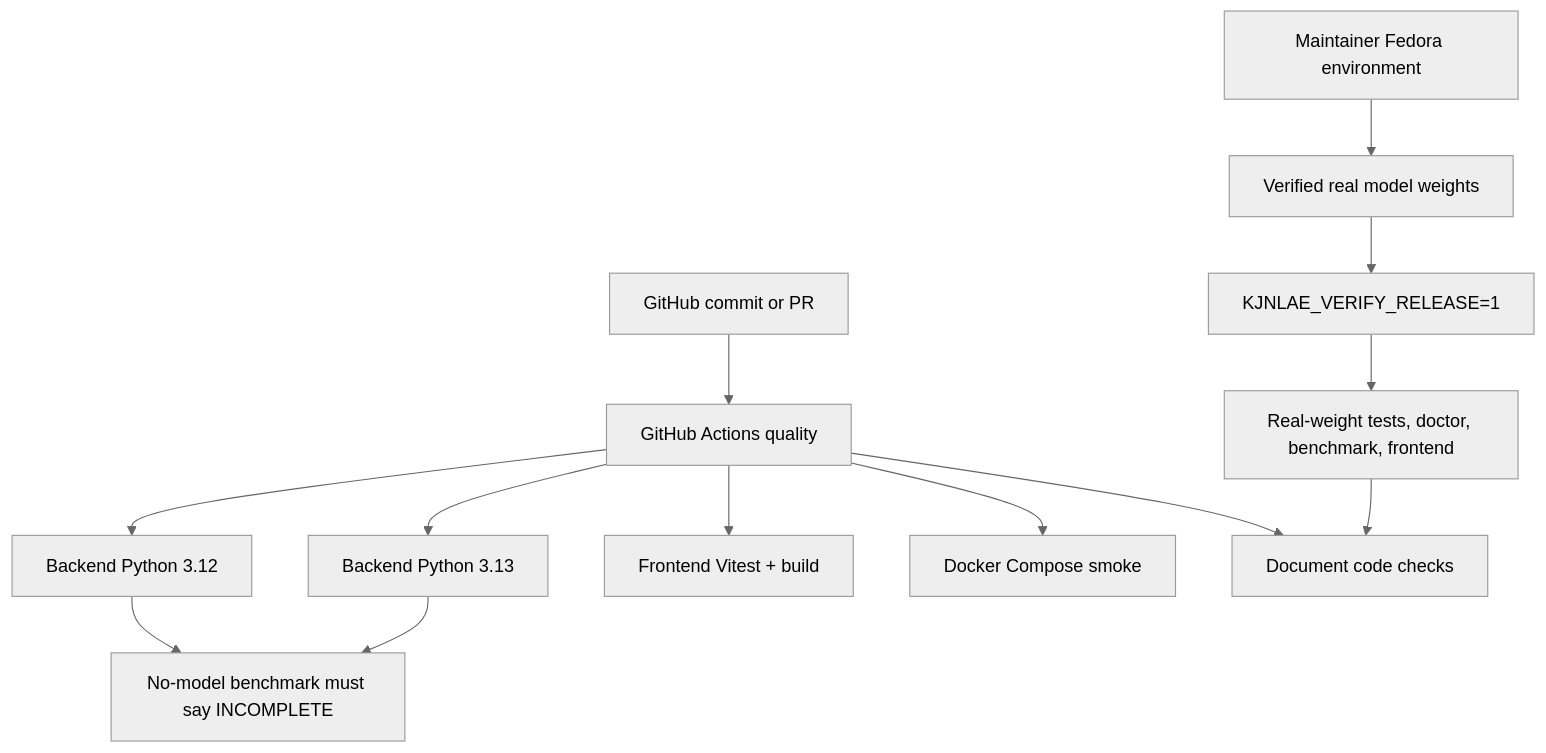
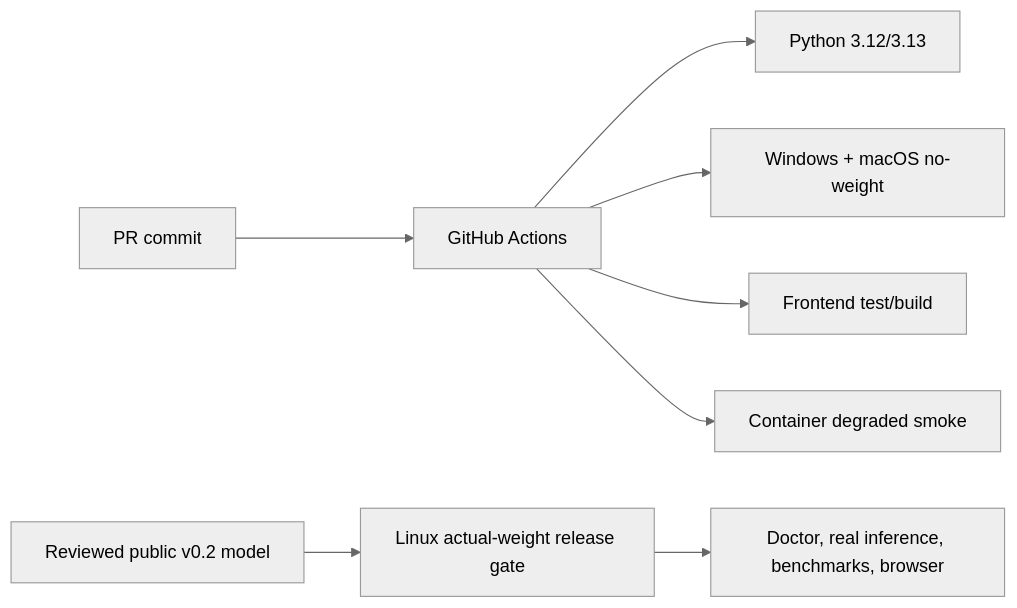
The tenth of 10 diagrams in CODEBASE.md (namelessweakl1ng/kjnlae), drawn with Mermaid (neutral theme) before and after one commit. The commit also changed other lines of this file, not shown here.

Commit message:
docs: preserve detailed codebase deep dive, rebase architecture on 0.3 SDK and UI

````diff
--- a/CODEBASE.md
+++ b/CODEBASE.md
@@ -3038,15 +1802,10 @@
 ```mermaid
-flowchart TD
-  Commit["GitHub commit or PR"] --> CI["GitHub Actions quality"]
-  CI --> Py12["Backend Python 3.12"]
-  CI --> Py13["Backend Python 3.13"]
-  CI --> UI["Frontend Vitest + build"]
-  CI --> Container["Docker Compose smoke"]
-  Py12 --> Incomplete["No-model benchmark must say INCOMPLETE"]
-  Py13 --> Incomplete
-  Local["Maintainer Fedora environment"] --> Artifact["Verified real model weights"]
-  Artifact --> Release["KJNLAE_VERIFY_RELEASE=1"]
-  Release --> LiveTests["Real-weight tests, doctor, benchmark, frontend"]
-  CI --> Review["Document code checks"]
-  LiveTests --> Review
+flowchart LR
+  Changes["PR commit"] --> CI["GitHub Actions"]
+  CI --> Linux["Python 3.12/3.13"]
+  CI --> Platforms["Windows + macOS no-weight"]
+  CI --> UI["Frontend test/build"]
+  CI --> Docker["Container degraded smoke"]
+  Weights["Reviewed public v0.2 model"] --> Release["Linux actual-weight release gate"]
+  Release --> Evidence["Doctor, real inference, benchmarks, browser"]
 ```
````
